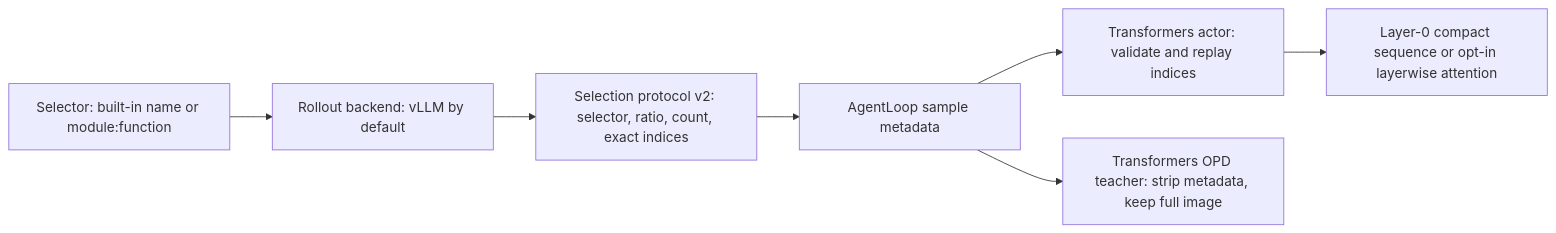
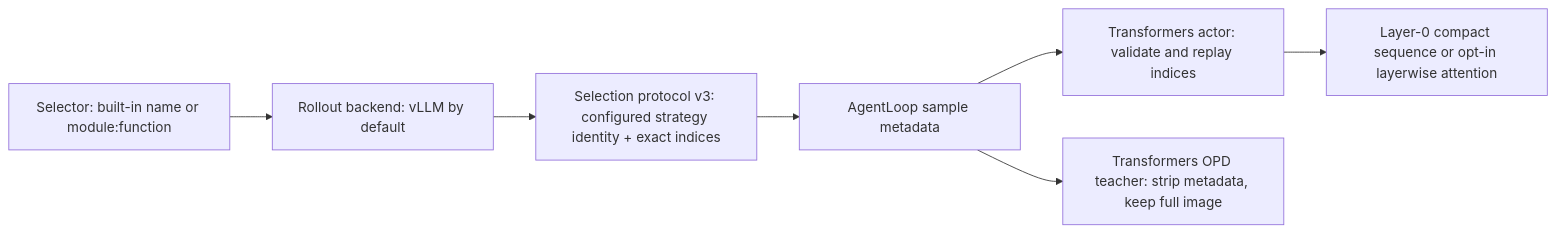
One commit to muy3938-creator/verlprune changed the diagram in docs/final-vision-pruning-architecture.md. Above: the diagram before and after it, drawn with Mermaid. The commit also changed other lines of this file and 36 other files, not shown here.

````diff
--- a/docs/final-vision-pruning-architecture.md
+++ b/docs/final-vision-pruning-architecture.md
@@ -113,9 +117,9 @@
 ```mermaid
 flowchart LR
     A["Selector: built-in name or module:function"] --> B["Rollout backend: vLLM by default"]
-    B --> C["Selection protocol v2: selector, ratio, count, exact indices"]
+    B --> C["Selection protocol v3: configured strategy identity + exact indices"]
     C --> D["AgentLoop sample metadata"]
     D --> E["Transformers actor: validate and replay indices"]
     D --> F["Transformers OPD teacher: strip metadata, keep full image"]
     E --> G["Layer-0 compact sequence or opt-in layerwise attention"]
 ```
````
